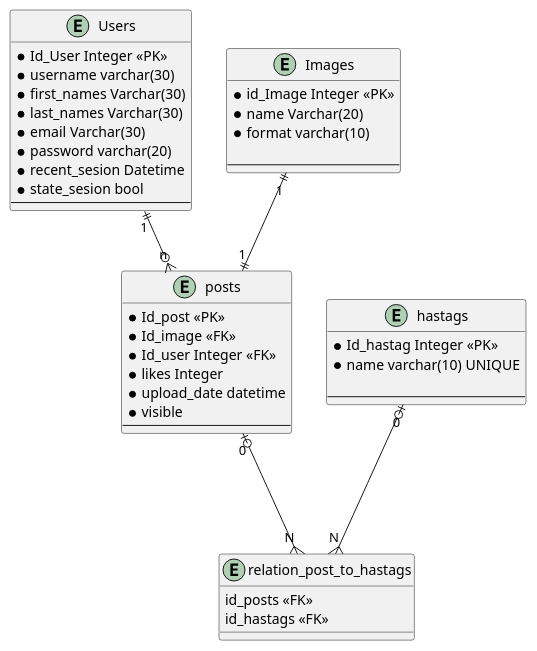
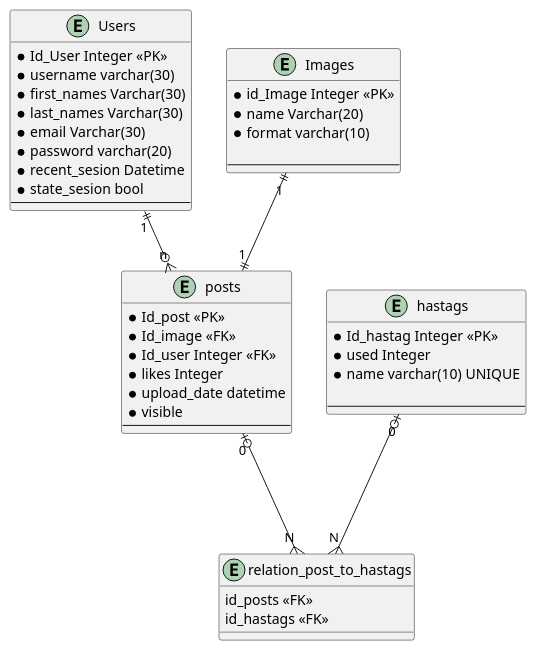
One commit to Davilez42/Picsee changed the diagram in models/utils/ModeladoBaseDatos.puml. Above: the diagram before and after it, drawn with PlantUML.

Commit message:
se agregan campos a la entidad hastags

```diff
--- a/models/utils/ModeladoBaseDatos.puml
+++ b/models/utils/ModeladoBaseDatos.puml
@@ -1,57 +1,58 @@
 @startuml
 
 Entity Users{
     *Id_User Integer <<PK>>
     *username varchar(30)
     *first_names Varchar(30)
     *last_names Varchar(30)
     *email Varchar(30)
     *password varchar(20)
     *recent_sesion Datetime
     *state_sesion bool
     --
 }
 
 Entity posts  {
     * Id_post <<PK>>
     * Id_image <<FK>>
     * Id_user Integer <<FK>>
     * likes Integer 
     * upload_date datetime
     * visible
     --
 }
 
 Entity Images{
     *id_Image Integer <<PK>>
     *name Varchar(20)
     *format varchar(10)
 
     --
 }
 
 Entity hastags  {
     * Id_hastag Integer <<PK>>
+    * used Integer 
     * name varchar(10) UNIQUE
 
     --
 }
 
 
 Entity relation_post_to_hastags{
     id_posts <<FK>>
     id_hastags <<FK>>
 }
 
 Users "1" ||--o{ "n" posts
 Images "1" ||--|| "1" posts
 posts "0" |o---{ "N" relation_post_to_hastags
 hastags "0" |o---{ "N" relation_post_to_hastags
 
 
 
 
 
 
 
 @enduml
```
